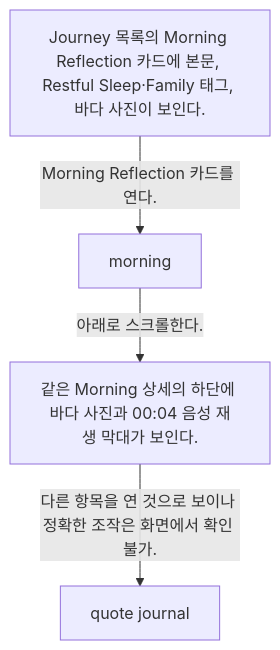
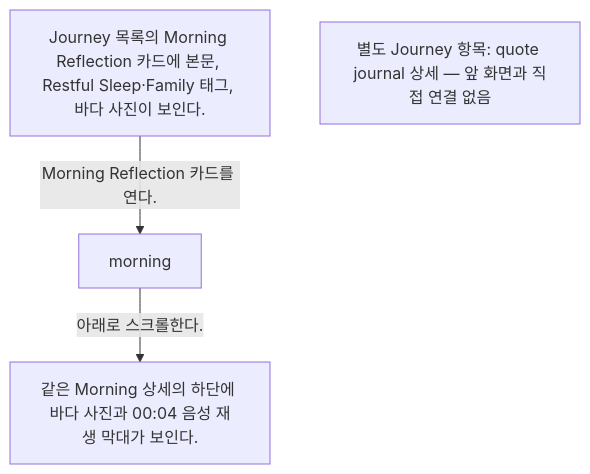
The diagram in docs/Stoic/flows/entry-detail-from-journey-6d60494e/README.md (Dev-Corgi/Stoic-Build-Clone-Test), drawn with Mermaid before and after one commit. The commit also changed other lines of this file and 23 other files, not shown here.

Commit message:
docs: verify Stoic flows with user-confirmed transitions

````diff
--- a/docs/Stoic/flows/entry-detail-from-journey-6d60494e/README.md
+++ b/docs/Stoic/flows/entry-detail-from-journey-6d60494e/README.md
@@ -8,10 +8,9 @@
 ```mermaid
 flowchart TD
   S1["Journey 목록의 Morning Reflection 카드에 본문, Restful Sleep·Family 태그, 바다 사진이 보인다."]
   S1 -->|Morning Reflection 카드를 연다.| S2
   S2["morning"]
   S2 -->|아래로 스크롤한다.| S3
   S3["같은 Morning 상세의 하단에 바다 사진과 00:04 음성 재생 막대가 보인다."]
-  S3 -->|다른 항목을 연 것으로 보이나 정확한 조작은 화면에서 확인 불가.| S4
-  S4["quote journal"]
+  S4["별도 Journey 항목: quote journal 상세 — 앞 화면과 직접 연결 없음"]
 ```
````
